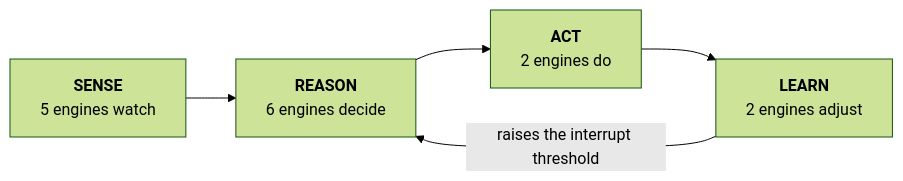
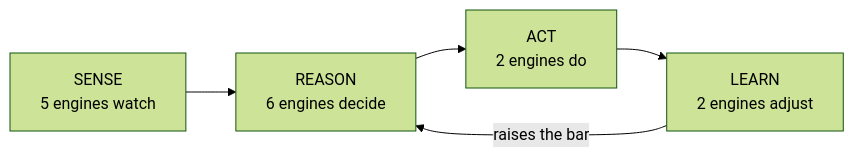
Before and after one commit to baldwinjames/portfolio: the first of 4 diagrams in nexus.md, drawn with Mermaid (forest theme). The commit also changed other lines of this file, not shown here.

Commit message:
Diagrams sized to GitHub's column so nothing gets scaled down

````diff
--- a/nexus.md
+++ b/nexus.md
@@ -27,9 +27,9 @@
 ```mermaid
 flowchart LR
-    S["<b>SENSE</b><br/>5 engines watch"]
-    R["<b>REASON</b><br/>6 engines decide"]
-    A["<b>ACT</b><br/>2 engines do"]
-    L["<b>LEARN</b><br/>2 engines adjust"]
+    S["SENSE<br/>5 engines watch"]
+    R["REASON<br/>6 engines decide"]
+    A["ACT<br/>2 engines do"]
+    L["LEARN<br/>2 engines adjust"]
     S --> R --> A --> L
-    L -->|"raises the interrupt threshold"| R
+    L -->|"raises the bar"| R
 ```
````
